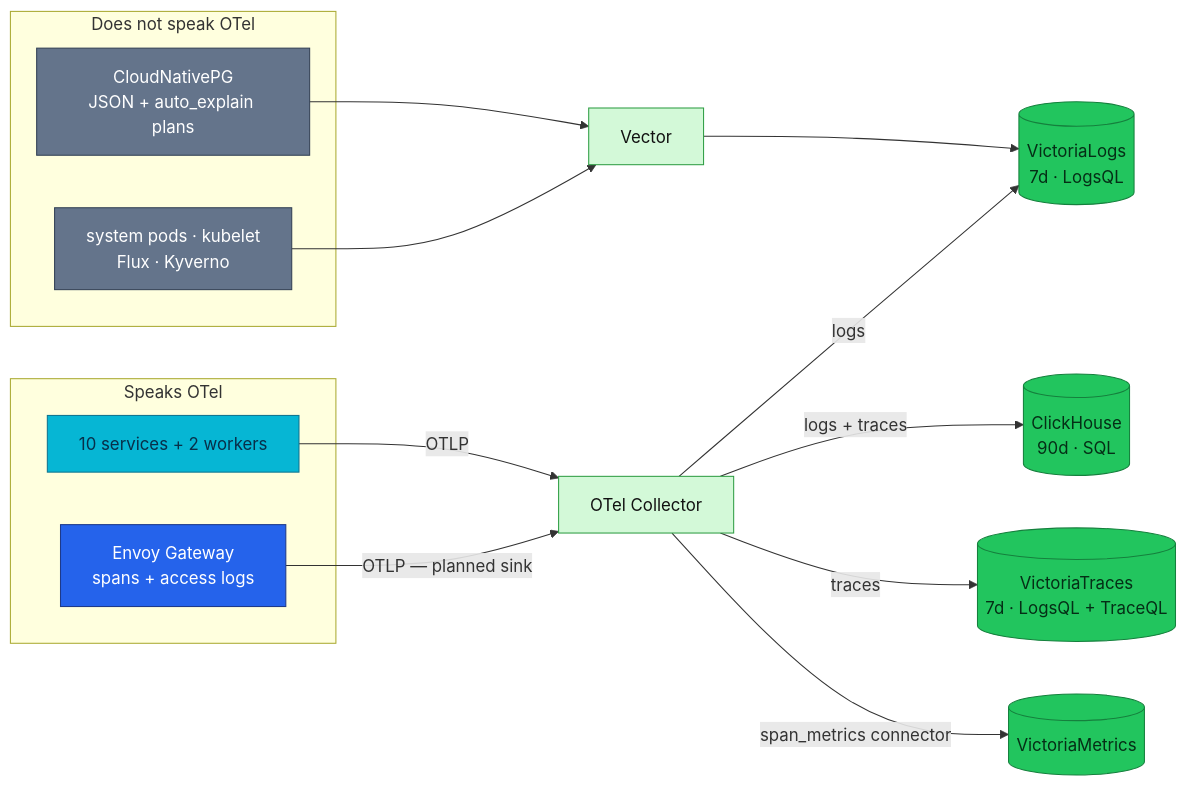
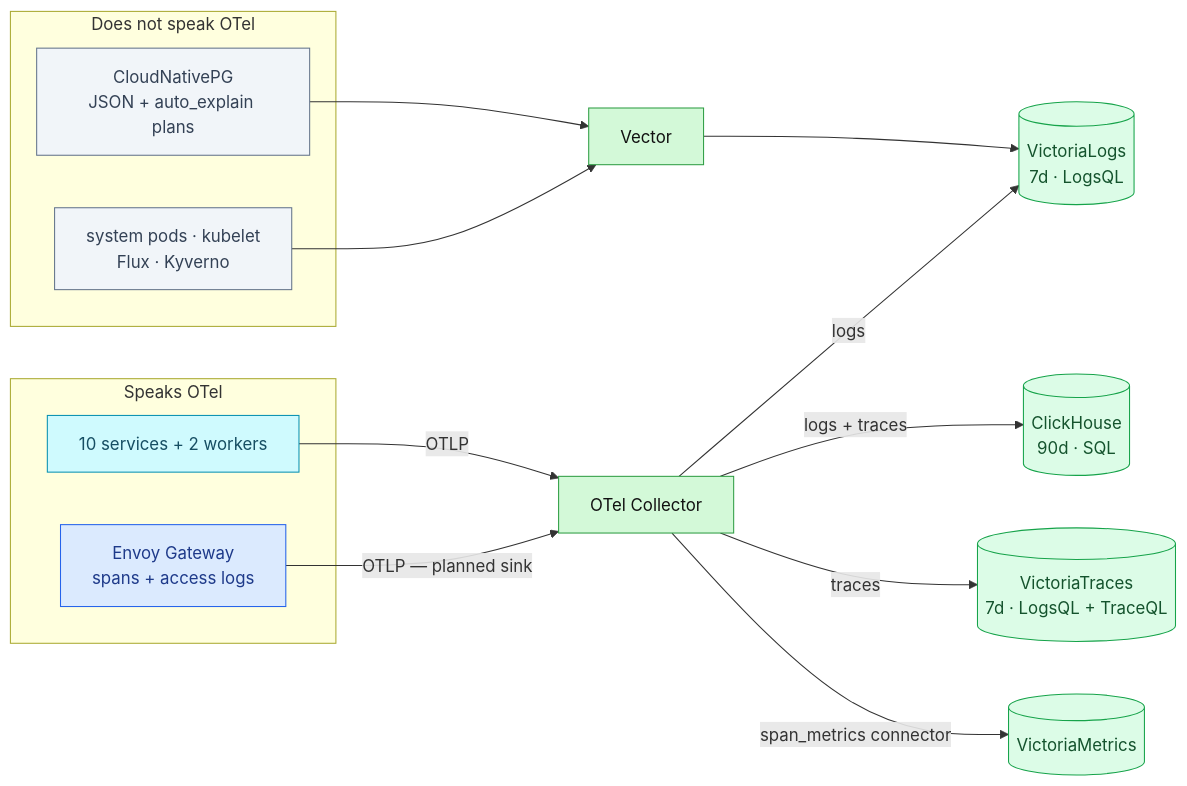
One commit to duynhlab/homelab changed the first of 2 diagrams in docs/proposals/rfc/RFC-0027/README.md. Above: the diagram before and after it, drawn with Mermaid. The commit also changed other lines of this file and 174 other files, not shown here.

First line of the commit message:
Soft-tint diagram palette, a signal-flow diagram, a Linux-ready Draw.io skill

````diff
--- a/docs/proposals/rfc/RFC-0027/README.md
+++ b/docs/proposals/rfc/RFC-0027/README.md
@@ -112,34 +112,34 @@
 ```mermaid
 flowchart LR
   subgraph otel["Speaks OTel"]
     APP["10 services + 2 workers"]
     EG["Envoy Gateway<br/>spans + access logs"]
   end
   subgraph non["Does not speak OTel"]
     PG["CloudNativePG<br/>JSON + auto_explain plans"]
     SYS["system pods · kubelet<br/>Flux · Kyverno"]
   end
 
   APP -->|OTLP| COL["OTel Collector"]
   EG -->|"OTLP — planned sink"| COL
   PG --> VEC["Vector"]
   SYS --> VEC
 
   COL -->|logs| VL[("VictoriaLogs<br/>7d · LogsQL")]
   COL -->|"logs + traces"| CH[("ClickHouse<br/>90d · SQL")]
   COL -->|traces| VT[("VictoriaTraces<br/>7d · LogsQL + TraceQL")]
   COL -->|"span_metrics connector"| VM[("VictoriaMetrics")]
   VEC --> VL
 
-  classDef service fill:#06b6d4,color:#082f49,stroke:#0e7490;
-  classDef edge fill:#2563eb,color:#fff,stroke:#1e3a8a;
-  classDef external fill:#64748b,color:#fff,stroke:#334155;
+  classDef service fill:#cffafe,color:#164e63,stroke:#0891b2;
+  classDef edge fill:#dbeafe,color:#1e3a8a,stroke:#2563eb;
+  classDef external fill:#f1f5f9,color:#334155,stroke:#64748b;
   classDef log fill:#d3f9d8,color:#111,stroke:#2f9e44;
-  classDef data fill:#22c55e,color:#052e16,stroke:#15803d;
+  classDef data fill:#dcfce7,color:#14532d,stroke:#16a34a;
 
   class APP service;
   class EG edge;
   class PG,SYS external;
   class COL,VEC log;
   class VL,CH,VT,VM data;
 ```
````
